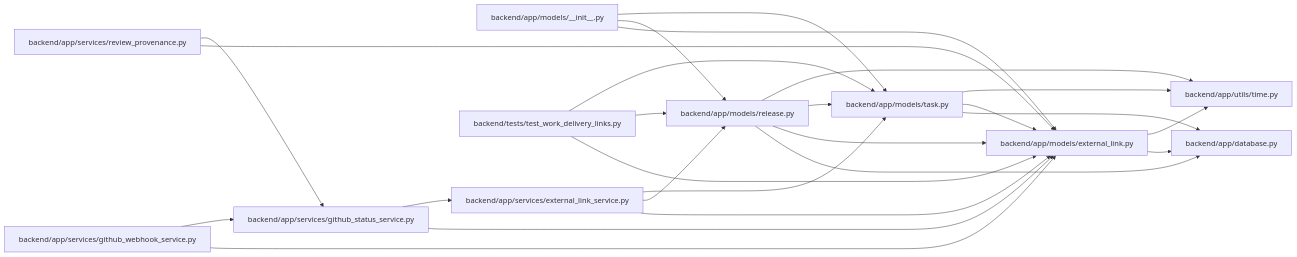
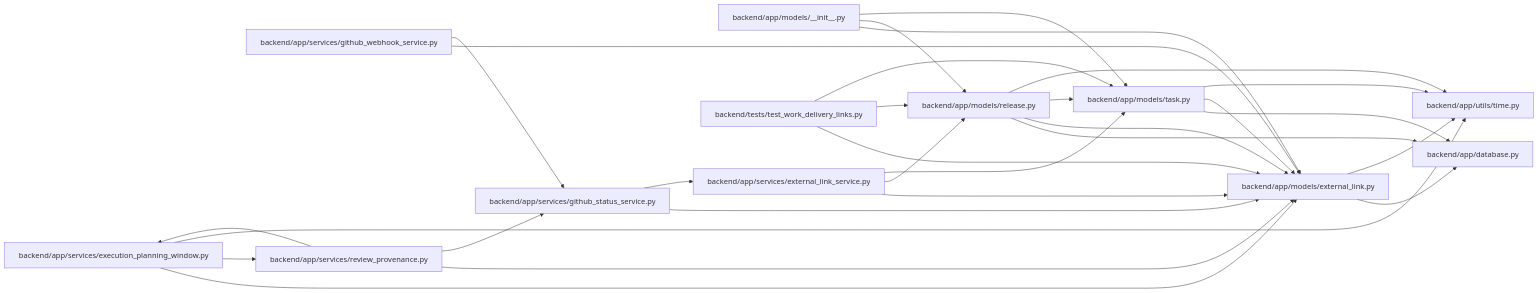
The diagram in docs/llm_wiki/modules/models_external_link.md (Denissvgn/WorkChord), drawn with Mermaid before and after one commit. The commit also changed other lines of this file and 868 other files, not shown here.

Commit message:
Document authenticated planning-window recovery and retained worker evidence

````diff
--- a/docs/llm_wiki/modules/models_external_link.md
+++ b/docs/llm_wiki/modules/models_external_link.md
@@ -24,49 +24,55 @@
 ```mermaid
 flowchart LR
     n0["backend/app/database.py"]
     n1["backend/app/models/__init__.py"]
     n2["backend/app/models/external_link.py"]
     n3["backend/app/models/release.py"]
     n4["backend/app/models/task.py"]
-    n5["backend/app/services/external_link_service.py"]
-    n6["backend/app/services/github_status_service.py"]
-    n7["backend/app/services/github_webhook_service.py"]
-    n8["backend/app/services/review_provenance.py"]
-    n9["backend/app/utils/time.py"]
-    n10["backend/tests/test_work_delivery_links.py"]
+    n5["backend/app/services/execution_planning_window.py"]
+    n6["backend/app/services/external_link_service.py"]
+    n7["backend/app/services/github_status_service.py"]
+    n8["backend/app/services/github_webhook_service.py"]
+    n9["backend/app/services/review_provenance.py"]
+    n10["backend/app/utils/time.py"]
+    n11["backend/tests/test_work_delivery_links.py"]
     n1 --> n2
     n1 --> n3
     n1 --> n4
     n2 --> n0
-    n2 --> n9
+    n2 --> n10
     n3 --> n0
     n3 --> n2
     n3 --> n4
-    n3 --> n9
+    n3 --> n10
     n4 --> n0
     n4 --> n2
-    n4 --> n9
+    n4 --> n10
     n5 --> n2
-    n5 --> n3
-    n5 --> n4
+    n5 --> n9
+    n5 --> n10
     n6 --> n2
-    n6 --> n5
+    n6 --> n3
+    n6 --> n4
     n7 --> n2
     n7 --> n6
     n8 --> n2
-    n8 --> n6
-    n10 --> n2
-    n10 --> n3
-    n10 --> n4
+    n8 --> n7
+    n9 --> n2
+    n9 --> n5
+    n9 --> n7
+    n11 --> n2
+    n11 --> n3
+    n11 --> n4
     click n0 "../modules/app_database.md"
     click n1 "../modules/models___init__.md"
     click n2 "../modules/models_external_link.md"
     click n3 "../modules/models_release.md"
     click n4 "../modules/models_task.md"
-    click n5 "../modules/external_link_service.md"
-    click n6 "../modules/github_status_service.md"
-    click n7 "../modules/github_webhook_service.md"
-    click n8 "../modules/review_provenance.md"
-    click n9 "../modules/time.md"
-    click n10 "../modules/test_work_delivery_links.md"
+    click n5 "../modules/execution_planning_window.md"
+    click n6 "../modules/external_link_service.md"
+    click n7 "../modules/github_status_service.md"
+    click n8 "../modules/github_webhook_service.md"
+    click n9 "../modules/review_provenance.md"
+    click n10 "../modules/time.md"
+    click n11 "../modules/test_work_delivery_links.md"
 ```
````
